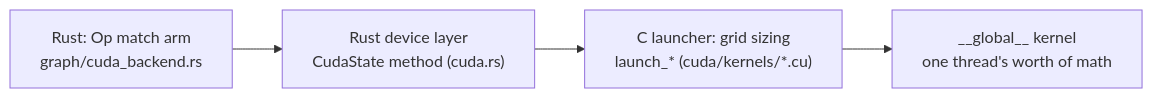
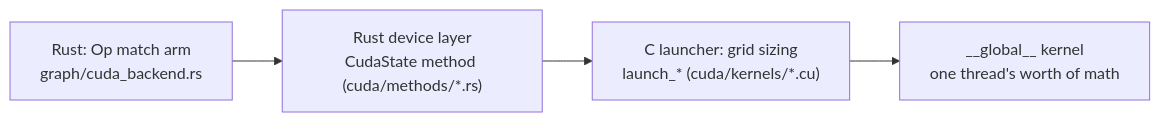
Before and after one commit to yusiwen/minfer: the diagram in docs/cuda_tutorial/03-kernels-elementwise.md, drawn with Mermaid. The commit also changed other lines of this file, not shown here.

````diff
--- a/docs/cuda_tutorial/03-kernels-elementwise.md
+++ b/docs/cuda_tutorial/03-kernels-elementwise.md
@@ -31,6 +31,6 @@
 ```mermaid
 flowchart LR
-    A["Rust: Op match arm<br/>graph/cuda_backend.rs"] --> B["Rust device layer<br/>CudaState method (cuda.rs)"]
+    A["Rust: Op match arm<br/>graph/cuda_backend.rs"] --> B["Rust device layer<br/>CudaState method (cuda/methods/*.rs)"]
     B --> C["C launcher: grid sizing<br/>launch_* (cuda/kernels/*.cu)"]
     C --> D["__global__ kernel<br/>one thread's worth of math"]
 ```
````
